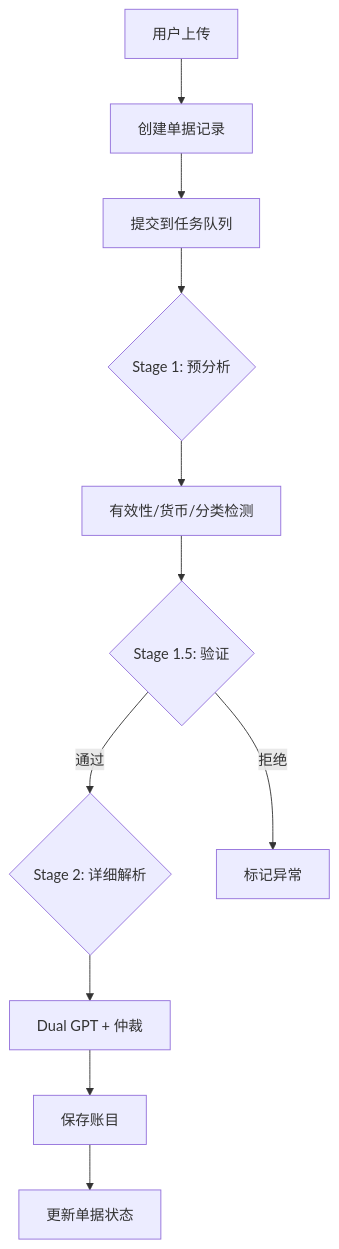
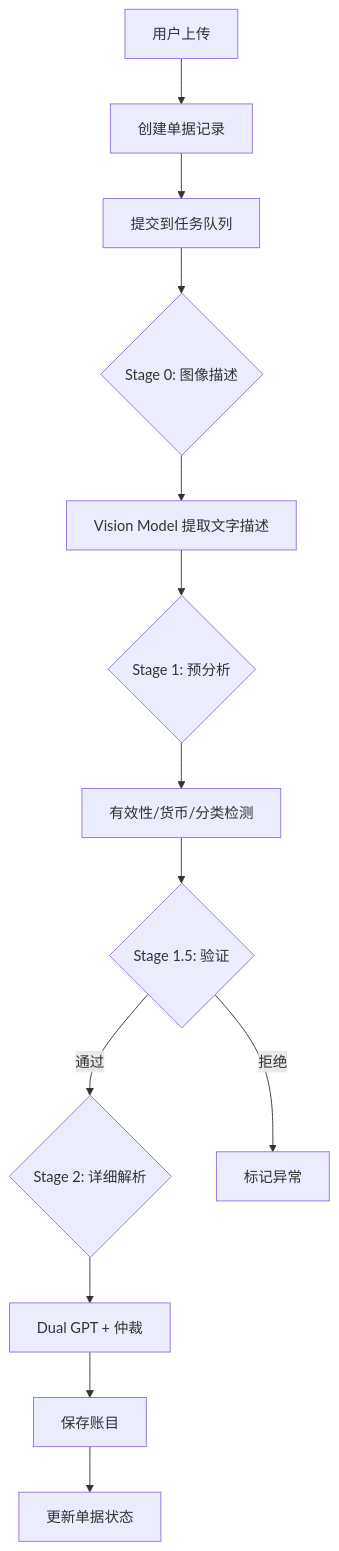
Before and after one commit to Xiangyu-Labs/Cashier: the third of 3 diagrams in docs/PRD.md, drawn with Mermaid. The commit also changed other lines of this file, not shown here.

````diff
--- a/docs/PRD.md
+++ b/docs/PRD.md
@@ -336,13 +444,15 @@
 ```mermaid
 graph TD
     A[用户上传] --> B[创建单据记录]
     B --> C[提交到任务队列]
-    C --> D{Stage 1: 预分析}
+    C --> S0{Stage 0: 图像描述}
+    S0 --> S0_1[Vision Model 提取文字描述]
+    S0_1 --> D{Stage 1: 预分析}
     D --> E[有效性/货币/分类检测]
     E --> F{Stage 1.5: 验证}
     F -->|通过| G{Stage 2: 详细解析}
     F -->|拒绝| H[标记异常]
     G --> I[Dual GPT + 仲裁]
     I --> J[保存账目]
     J --> K[更新单据状态]
 ```
````
